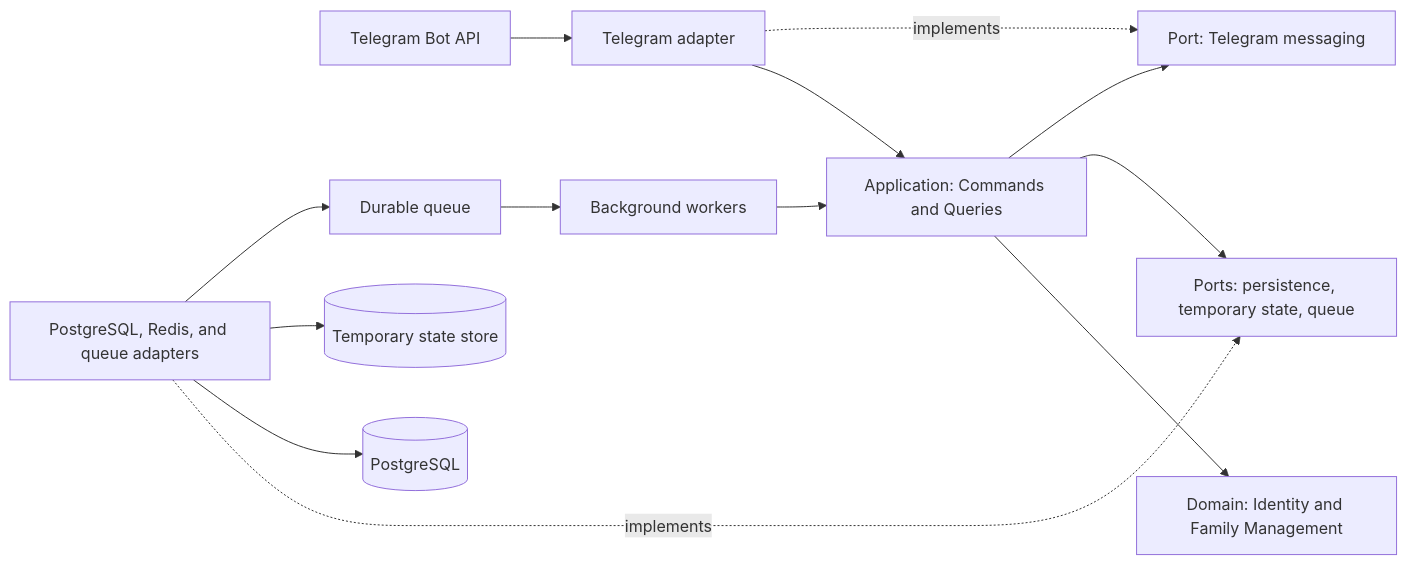
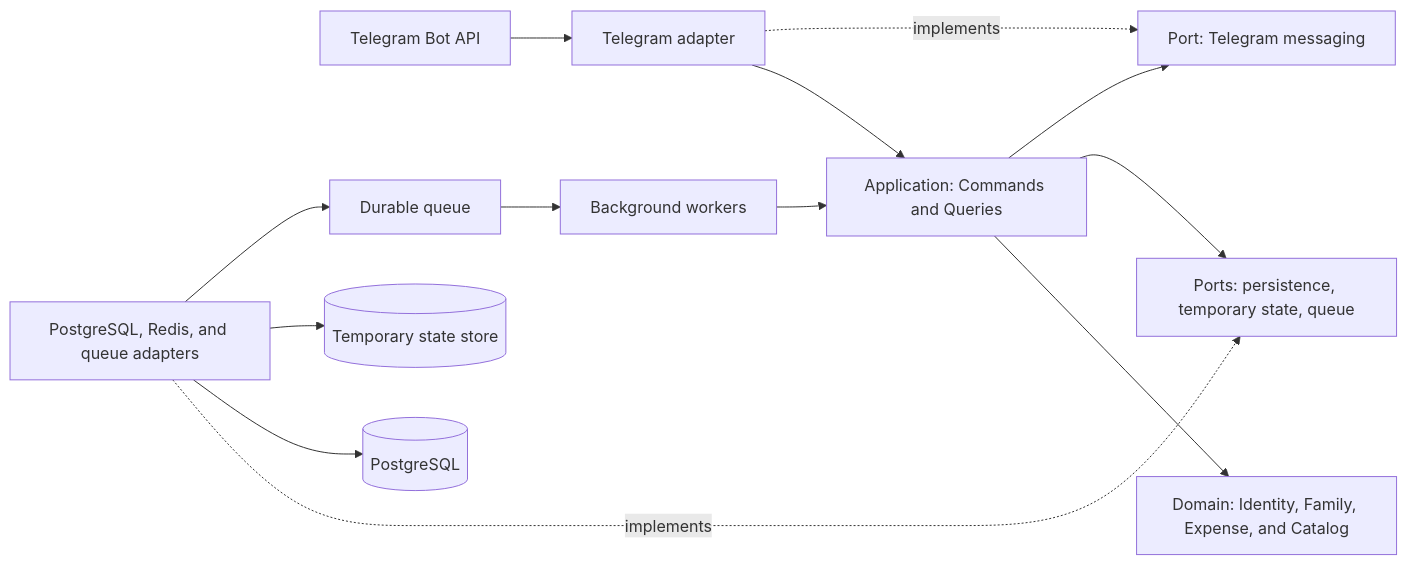
Before and after one commit to sergiobelya/family-expenses: the diagram in docs/system_design.md, drawn with Mermaid. The commit also changed other lines of this file and 1 other file, not shown here.

````diff
--- a/docs/system_design.md
+++ b/docs/system_design.md
@@ -15,15 +15,15 @@
 ```mermaid
 flowchart LR
     TG[Telegram Bot API] --> TA[Telegram adapter]
     TA --> APP[Application: Commands and Queries]
-    APP --> DOM[Domain: Identity and Family Management]
+    APP --> DOM[Domain: Identity, Family, Expense, and Catalog]
     APP --> PORTS[Ports: persistence, temporary state, queue]
     APP --> MSG[Port: Telegram messaging]
     INFRA[PostgreSQL, Redis, and queue adapters] -. implements .-> PORTS
     TA -. implements .-> MSG
     INFRA --> DB[(PostgreSQL)]
     INFRA --> REDIS[(Temporary state store)]
     INFRA --> Q[Durable queue]
     Q --> WORKER[Background workers]
     WORKER --> APP
 ```
````
